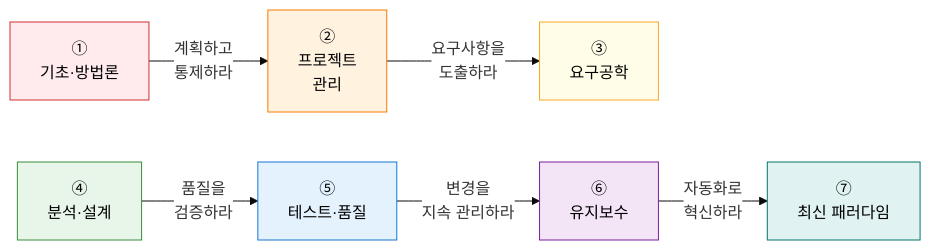
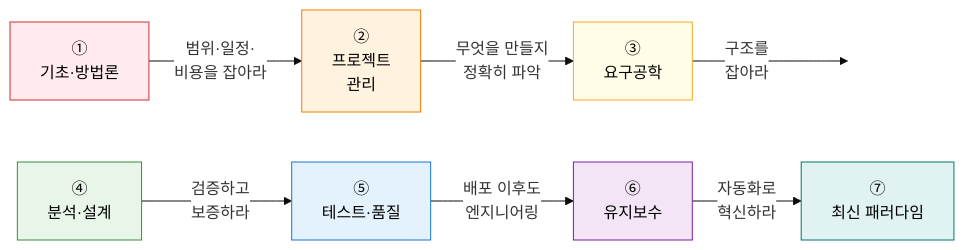
The diagram in content/docs/01-software-engineering/_index.md (jeonck/itpe-KM), drawn with Mermaid before and after one commit.

Commit message:
style: 소프트웨어공학 로드맵 연결문구 6개 적용 + ③ 우측 dangling 화살표
- ①→② 범위·일정·비용을 잡아라
- ②→③ 무엇을 만들지 정확히 파악
- ③→Z  구조를 잡아라 (보이지 않는 종단 노드로 dangling 화살표)
- ④→⑤ 검증하고 보증하라
- ⑤→⑥ 배포 이후도 엔지니어링
- ⑥→⑦ 자동화로 혁신하라

````diff
--- a/content/docs/01-software-engineering/_index.md
+++ b/content/docs/01-software-engineering/_index.md
@@ -11,17 +11,19 @@
 ```mermaid
 %%{init: { 'theme': 'base', 'themeVariables': { 'edgeLabelBackground': '#fff' }}}%%
 flowchart LR
-    A["①<br/>기초·방법론"] --"계획하고<br/>통제하라"--> B["②<br/>프로젝트<br/>관리"]
-    B --"요구사항을<br/>도출하라"--> C["③<br/>요구공학"]
-    D["④<br/>분석·설계"] --"품질을<br/>검증하라"--> E["⑤<br/>테스트·품질"]
-    E --"변경을<br/>지속 관리하라"--> F["⑥<br/>유지보수"]
+    A["①<br/>기초·방법론"] --"범위·일정·<br/>비용을 잡아라"--> B["②<br/>프로젝트<br/>관리"]
+    B --"무엇을 만들지<br/>정확히 파악"--> C["③<br/>요구공학"]
+    C --"구조를<br/>잡아라"--> Z[" "]
+    D["④<br/>분석·설계"] --"검증하고<br/>보증하라"--> E["⑤<br/>테스트·품질"]
+    E --"배포 이후도<br/>엔지니어링"--> F["⑥<br/>유지보수"]
     F --"자동화로<br/>혁신하라"--> G["⑦<br/>최신 패러다임"]
 
     style A fill:#FFEBEE,stroke:#D32F2F,color:#000
     style B fill:#FFF3E0,stroke:#F57C00,color:#000
     style C fill:#FFFDE7,stroke:#F9A825,color:#000
     style D fill:#E8F5E9,stroke:#388E3C,color:#000
     style E fill:#E3F2FD,stroke:#1976D2,color:#000
     style F fill:#F3E5F5,stroke:#7B1FA2,color:#000
     style G fill:#E0F2F1,stroke:#00796B,color:#000
+    style Z fill:none,stroke:none
 ```
````
